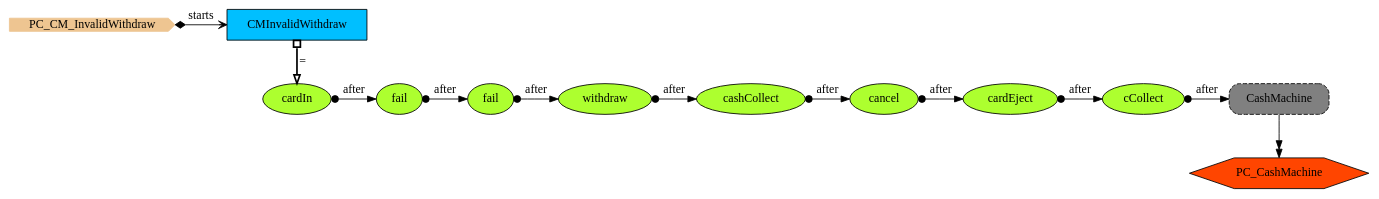
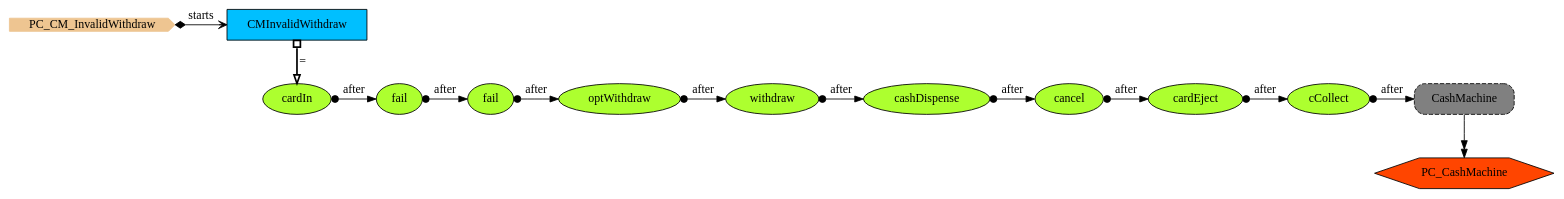
Before and after one commit to namalio/Fragmenta_PCs: the diagram in Haskell/PCs/PCs/img/PC_CM_InvalidWithdraw.gv, drawn with Graphviz. The commit also changed 28 other files, not shown here.

Commit message:
Further work on the cash machine example on github

```diff
--- a/Haskell/PCs/PCs/img/PC_CM_InvalidWithdraw.gv
+++ b/Haskell/PCs/PCs/img/PC_CM_InvalidWithdraw.gv
@@ -1,36 +1,39 @@
 digraph {
 StartN_ [shape = cds,color=burlywood2,style=filled,height=.2,width=.2, label =PC_CM_InvalidWithdraw];
 PC_CashMachine [shape=hexagon,fillcolor=orangered,style=filled,label =PC_CashMachine];
 RefCashMachine [shape=rectangle,fillcolor=gray,style="rounded,filled,dashed",label="CashMachine "];
 cCollect [shape=ellipse,fillcolor=greenyellow,style = filled,label="cCollect"];
 cardEject [shape=ellipse,fillcolor=greenyellow,style = filled,label="cardEject"];
 cancel [shape=ellipse,fillcolor=greenyellow,style = filled,label="cancel"];
-cashCollect [shape=ellipse,fillcolor=greenyellow,style = filled,label="cashCollect"];
+cashDispense [shape=ellipse,fillcolor=greenyellow,style = filled,label="cashDispense"];
 withdraw [shape=ellipse,fillcolor=greenyellow,style = filled,label="withdraw"];
+optWithdraw [shape=ellipse,fillcolor=greenyellow,style = filled,label="optWithdraw"];
 fail2 [shape=ellipse,fillcolor=greenyellow,style = filled,label="fail"];
 fail [shape=ellipse,fillcolor=greenyellow,style = filled,label="fail"];
 cardIn [shape=ellipse,fillcolor=greenyellow,style = filled,label="cardIn"];
 CMInvalidWithdraw [shape=box,fillcolor=deepskyblue,style = filled,label="CMInvalidWithdraw "];
 
 {rank=min;StartN_,CMInvalidWithdraw}
-{rank=same;cardIn,fail,fail2,withdraw,cashCollect,cancel,cardEject,cCollect,RefCashMachine}
-{rank=same;fail,fail2,withdraw,cashCollect,cancel,cardEject,cCollect,RefCashMachine}
-{rank=same;fail2,withdraw,cashCollect,cancel,cardEject,cCollect,RefCashMachine}
-{rank=same;withdraw,cashCollect,cancel,cardEject,cCollect,RefCashMachine}
-{rank=same;cashCollect,cancel,cardEject,cCollect,RefCashMachine}
+{rank=same;cardIn,fail,fail2,optWithdraw,withdraw,cashDispense,cancel,cardEject,cCollect,RefCashMachine}
+{rank=same;fail,fail2,optWithdraw,withdraw,cashDispense,cancel,cardEject,cCollect,RefCashMachine}
+{rank=same;fail2,optWithdraw,withdraw,cashDispense,cancel,cardEject,cCollect,RefCashMachine}
+{rank=same;optWithdraw,withdraw,cashDispense,cancel,cardEject,cCollect,RefCashMachine}
+{rank=same;withdraw,cashDispense,cancel,cardEject,cCollect,RefCashMachine}
+{rank=same;cashDispense,cancel,cardEject,cCollect,RefCashMachine}
 {rank=same;cancel,cardEject,cCollect,RefCashMachine}
 {rank=same;cardEject,cCollect,RefCashMachine}
 {rank=same;cCollect,RefCashMachine}
 
 cCollect->RefCashMachine[arrowtail=dot,dir=both,label="after"];
 RefCashMachine->PC_CashMachine[arrowhead="normalnormal",label=" "];
 cardEject->cCollect[arrowtail=dot,dir=both,label="after"];
 cancel->cardEject[arrowtail=dot,dir=both,label="after"];
-cashCollect->cancel[arrowtail=dot,dir=both,label="after"];
-withdraw->cashCollect[arrowtail=dot,dir=both,label="after"];
-fail2->withdraw[arrowtail=dot,dir=both,label="after"];
+cashDispense->cancel[arrowtail=dot,dir=both,label="after"];
+withdraw->cashDispense[arrowtail=dot,dir=both,label="after"];
+optWithdraw->withdraw[arrowtail=dot,dir=both,label="after"];
+fail2->optWithdraw[arrowtail=dot,dir=both,label="after"];
 fail->fail2[arrowtail=dot,dir=both,label="after"];
 cardIn->fail[arrowtail=dot,dir=both,label="after"];
 StartN_->CMInvalidWithdraw[arrowhead="open",arrowtail=diamond,dir=both,label="starts"];
 CMInvalidWithdraw->cardIn[arrowhead="onormal",dir=both,arrowtail=obox,penwidth=2,label="="];
 }
```
